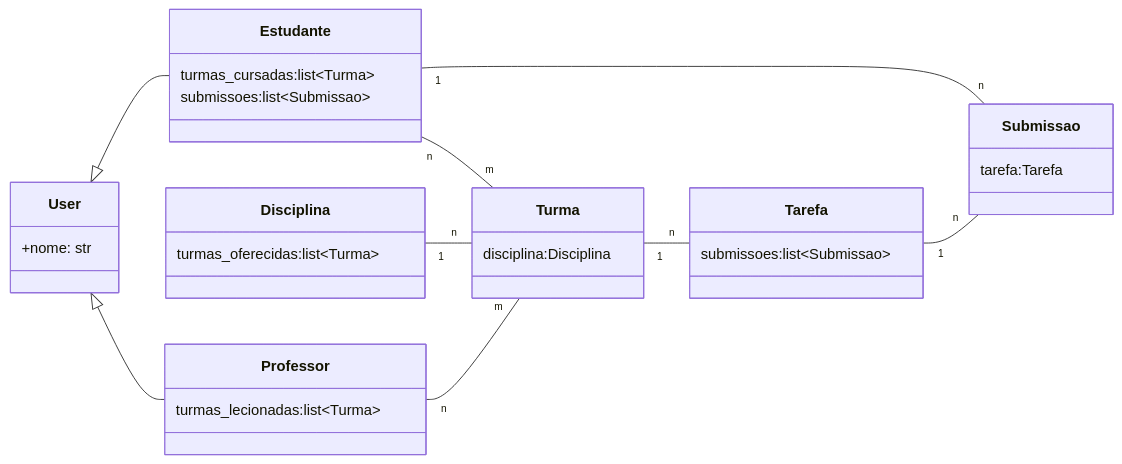
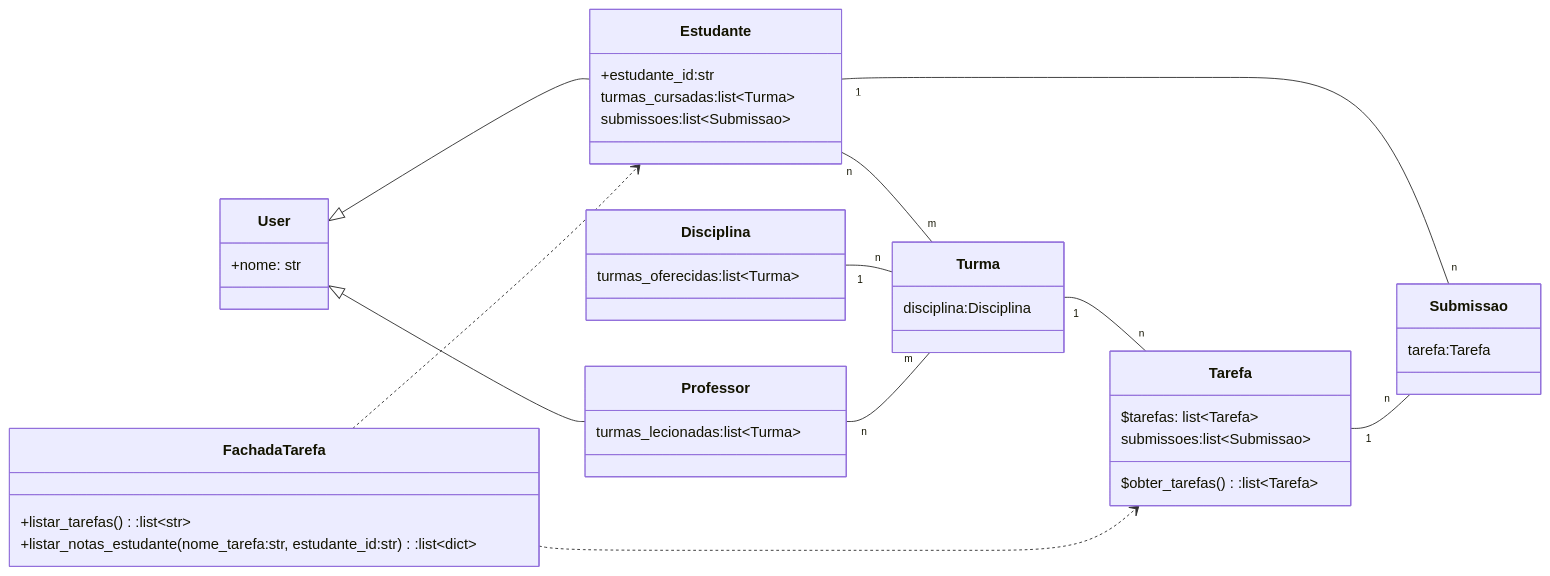
The diagram in classes.md (insper-classroom/Ag22_SimP1), drawn with Mermaid before and after one commit.

````diff
--- a/classes.md
+++ b/classes.md
@@ -8,34 +8,43 @@
 ```mermaid
 classDiagram
 direction LR
 class User {
 +nome: str
 }
 class Professor {
 turmas_lecionadas:list~Turma~ 
 }
 class Estudante {
++estudante_id:str
 turmas_cursadas:list~Turma~ 
 submissoes:list~Submissao~ 
 }
 class Disciplina {
 turmas_oferecidas:list~Turma~
 }
 class Turma {
 disciplina:Disciplina
 }
 class Tarefa {
+$tarefas: list~Tarefa~
 submissoes:list~Submissao~
+$obter_tarefas():list~Tarefa~
 }
 class Submissao {
 tarefa:Tarefa
+}
+class FachadaTarefa{
++listar_tarefas():list~str~
++listar_notas_estudante(nome_tarefa:str, estudante_id:str):list~dict~
 }
 Estudante "n" -- "m" Turma 
 Estudante "1" -- "n" Submissao 
 Tarefa "1" -- "n" Submissao
 Turma "1" -- "n" Tarefa
 Disciplina "1" -- "n" Turma 
 Professor "n" -- "m" Turma
 User <|-- Estudante
 User <|-- Professor
+FachadaTarefa ..> Tarefa 
+FachadaTarefa ..> Estudante
 ```
````
